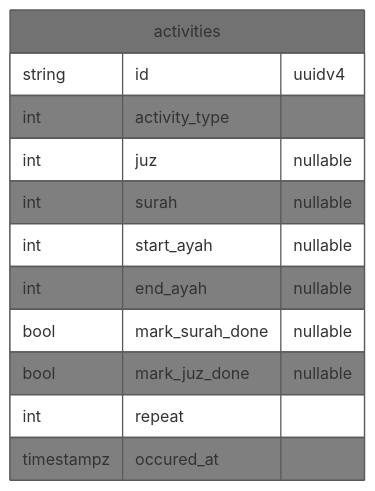
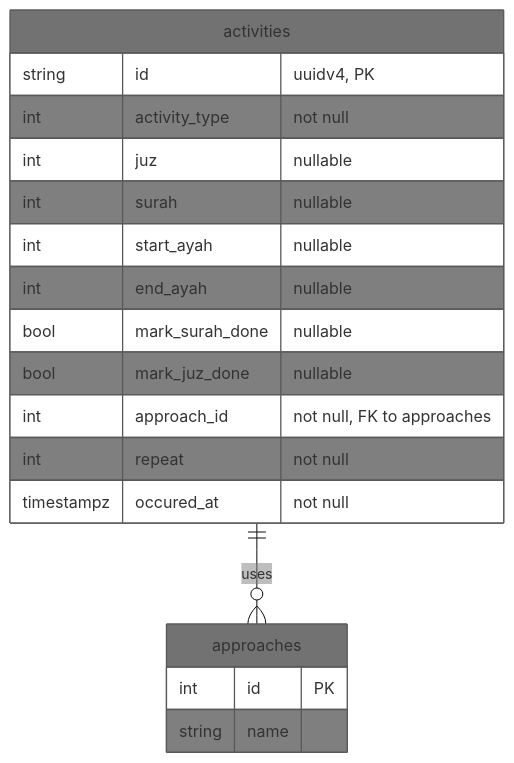
One commit to RR-Ardhika/murojaah changed the diagram in doc/diagram/erd.mmd. Above: the diagram before and after it, drawn with Mermaid. The commit also changed 8 other files, not shown here.

```diff
--- a/doc/diagram/erd.mmd
+++ b/doc/diagram/erd.mmd
@@ -1,24 +1,32 @@
 %%{
   init: {
     'theme': 'base',
     'themeVariables': {
       'primaryColor': '#727272',
       'textColor': '#000'
     }
   }
 }%%
 
 erDiagram
 
 activities {
-  string id "uuidv4"
-  int activity_type
+  string id "uuidv4, PK"
+  int activity_type "not null"
   int juz "nullable"
   int surah "nullable"
   int start_ayah "nullable"
   int end_ayah "nullable"
   bool mark_surah_done "nullable"
   bool mark_juz_done "nullable"
-  int repeat
-  timestampz occured_at
+  int approach_id "not null, FK to approaches"
+  int repeat "not null"
+  timestampz occured_at "not null"
 }
+
+approaches {
+  int id "PK"
+  string name
+}
+
+activities ||--o{ approaches : "uses"
```
